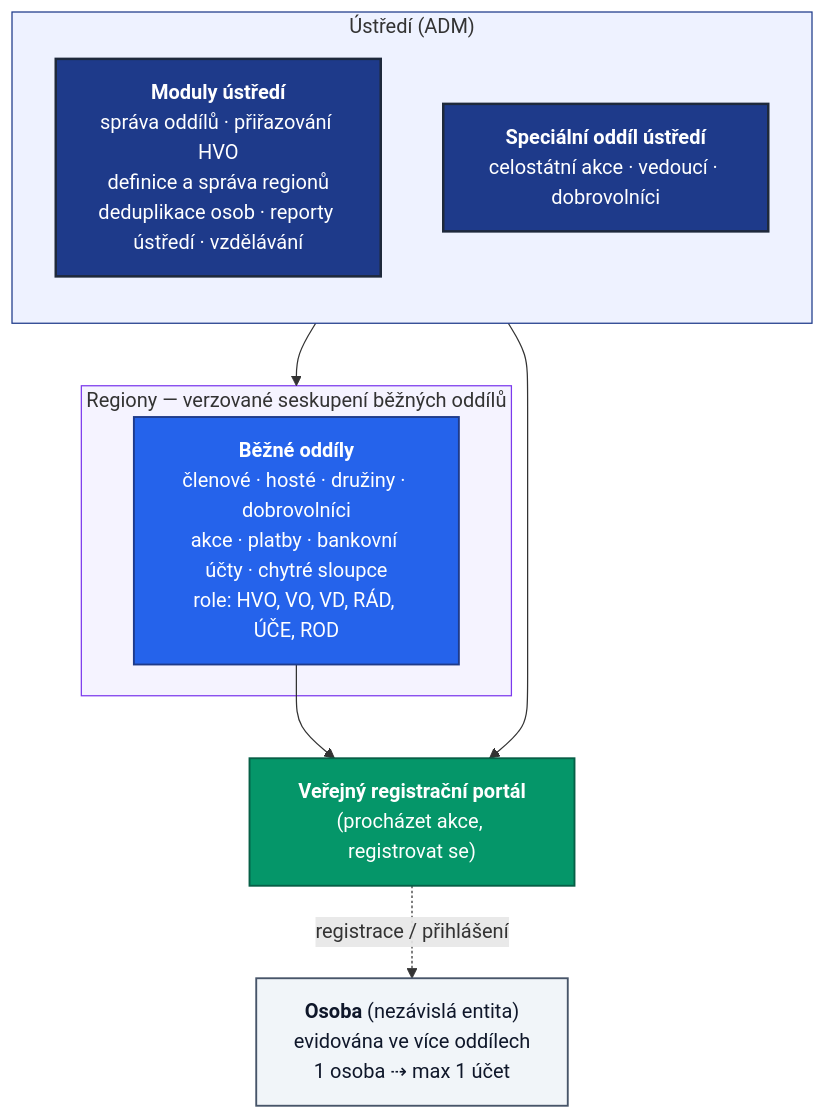
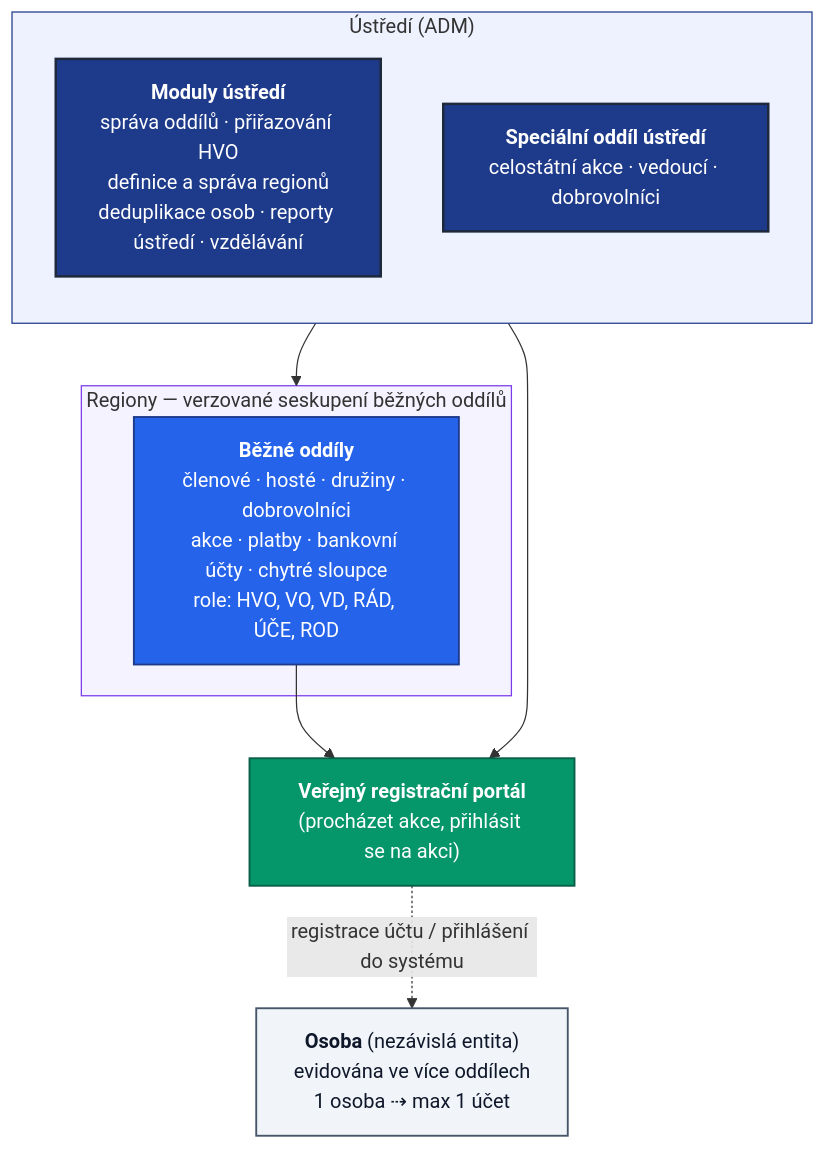
Before and after one commit to jendamozna/du-doc: the first of 2 diagrams in README.md, drawn with Mermaid.

Commit message:
pojem fix

````diff
--- a/README.md
+++ b/README.md
@@ -13,33 +13,33 @@
 ```mermaid
 flowchart TD
     subgraph USTREDI["Ústředí (ADM)"]
         direction TB
         MODULY["<b>Moduly ústředí</b><br/>správa oddílů · přiřazování HVO<br/>definice a správa regionů<br/>deduplikace osob · reporty ústředí · vzdělávání"]
         USTODD["<b>Speciální oddíl ústředí</b><br/>celostátní akce · vedoucí · dobrovolníci"]
     end
 
     subgraph REGIONY["Regiony — verzované seskupení běžných oddílů"]
         ODDILY["<b>Běžné oddíly</b><br/>členové · hosté · družiny · dobrovolníci<br/>akce · platby · bankovní účty · chytré sloupce<br/>role: HVO, VO, VD, RÁD, ÚČE, ROD"]
     end
 
-    PORTAL["<b>Veřejný registrační portál</b><br/>(procházet akce, registrovat se)"]
+    PORTAL["<b>Veřejný registrační portál</b><br/>(procházet akce, přihlásit se na akci)"]
     OSOBA["<b>Osoba</b> (nezávislá entita)<br/>evidována ve více oddílech<br />1 osoba ⇢ max 1 účet"]
 
     MODULY --> REGIONY
     USTODD --> PORTAL
     ODDILY --> PORTAL
-    PORTAL -. "registrace / přihlášení" .-> OSOBA
+    PORTAL -. "registrace účtu / přihlášení do systému" .-> OSOBA
 
     classDef modul fill:#1e3a8a,stroke:#1e293b,stroke-width:2px,color:#ffffff;
     classDef oddil fill:#2563eb,stroke:#1e3a8a,stroke-width:1.5px,color:#ffffff;
     classDef portal fill:#059669,stroke:#065f46,stroke-width:1.5px,color:#ffffff;
     classDef osoba fill:#f1f5f9,stroke:#475569,stroke-width:1.5px,color:#0f172a;
 
     class MODULY,USTODD modul;
     class ODDILY oddil;
     class PORTAL portal;
     class OSOBA osoba;
 
     style USTREDI fill:#eef2ff,stroke:#1e3a8a,stroke-width:1px;
     style REGIONY fill:#f5f3ff,stroke:#7c3aed,stroke-width:1px;
 ```
````
